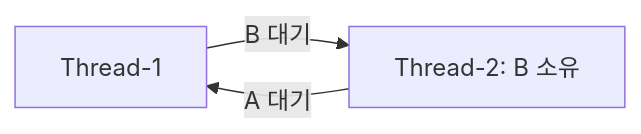
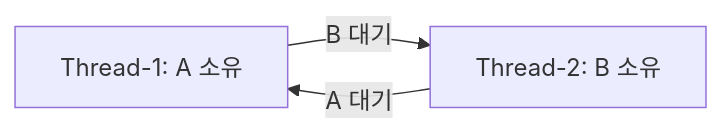
Before and after one commit to jwyssey/codyssey-basic-mission4-2: the diagram in EVALUATION.md, drawn with Mermaid. The commit also changed other lines of this file, not shown here.

````diff
--- a/EVALUATION.md
+++ b/EVALUATION.md
@@ -225,5 +313,5 @@
 ```mermaid
 flowchart LR
-    T1[Thread-1] -->|B 대기| T2[Thread-2: B 소유]
+    T1["Thread-1: A 소유"] -->|B 대기| T2["Thread-2: B 소유"]
     T2 -->|A 대기| T1
 ```
````
